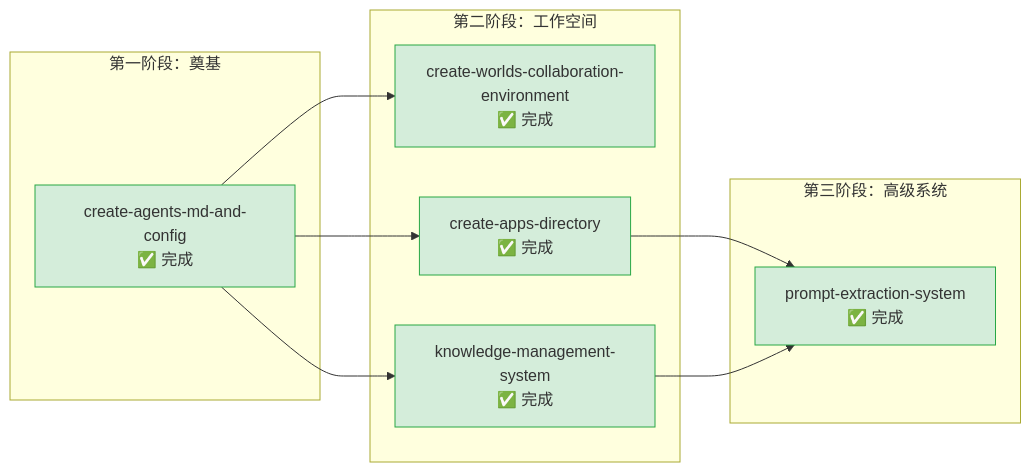
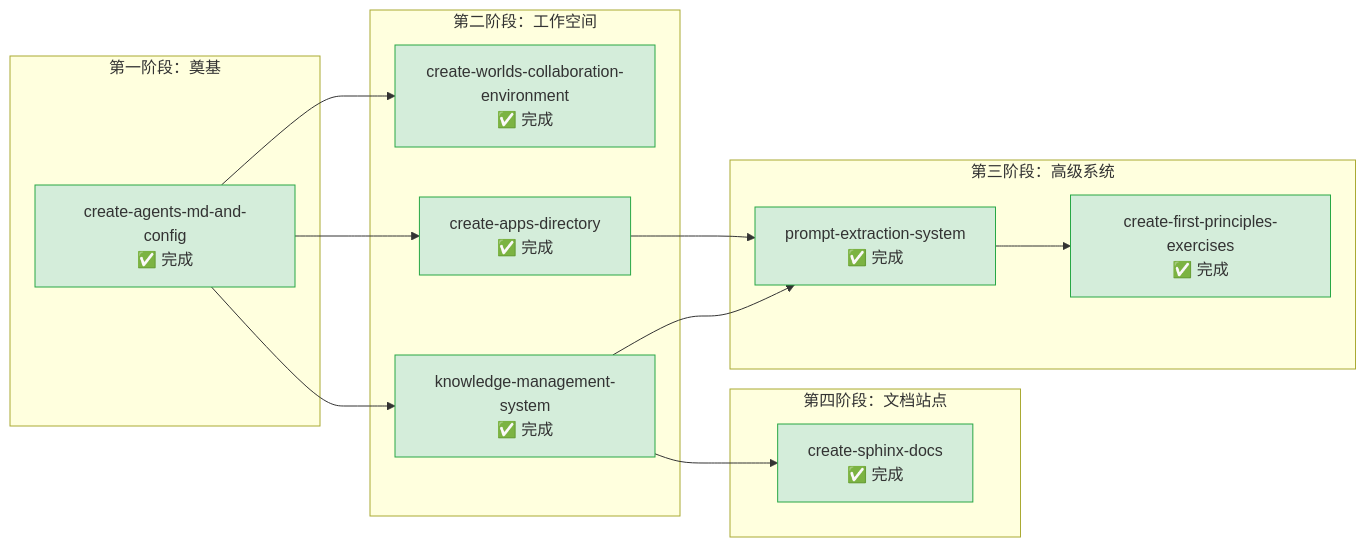
One commit to xinetzone/SpecWeave changed the diagram in .trae/specs/core-foundation/README.md. Above: the diagram before and after it, drawn with Mermaid. The commit also changed other lines of this file and 26 other files, not shown here.

````diff
--- a/.trae/specs/core-foundation/README.md
+++ b/.trae/specs/core-foundation/README.md
@@ -26,24 +27,32 @@
 ```mermaid
 flowchart LR
     subgraph S1 ["第一阶段：奠基"]
         CA["create-agents-md-and-config<br>✅ 完成"]
     end
     subgraph S2 ["第二阶段：工作空间"]
         CW["create-worlds-collaboration-environment<br>✅ 完成"]
         CAD["create-apps-directory<br>✅ 完成"]
         KMS["knowledge-management-system<br>✅ 完成"]
     end
     subgraph S3 ["第三阶段：高级系统"]
         PES["prompt-extraction-system<br>✅ 完成"]
+        CFE["create-first-principles-exercises<br>✅ 完成"]
+    end
+    subgraph S4 ["第四阶段：文档站点"]
+        CSD["create-sphinx-docs<br>✅ 完成"]
     end
     CA --> CW
     CA --> CAD
     CA --> KMS
     CAD --> PES
     KMS --> PES
+    PES --> CFE
+    KMS --> CSD
     style CA fill:#d4edda,stroke:#28a745
     style CW fill:#d4edda,stroke:#28a745
     style CAD fill:#d4edda,stroke:#28a745
     style KMS fill:#d4edda,stroke:#28a745
     style PES fill:#d4edda,stroke:#28a745
+    style CFE fill:#d4edda,stroke:#28a745
+    style CSD fill:#d4edda,stroke:#28a745
 ```
````
